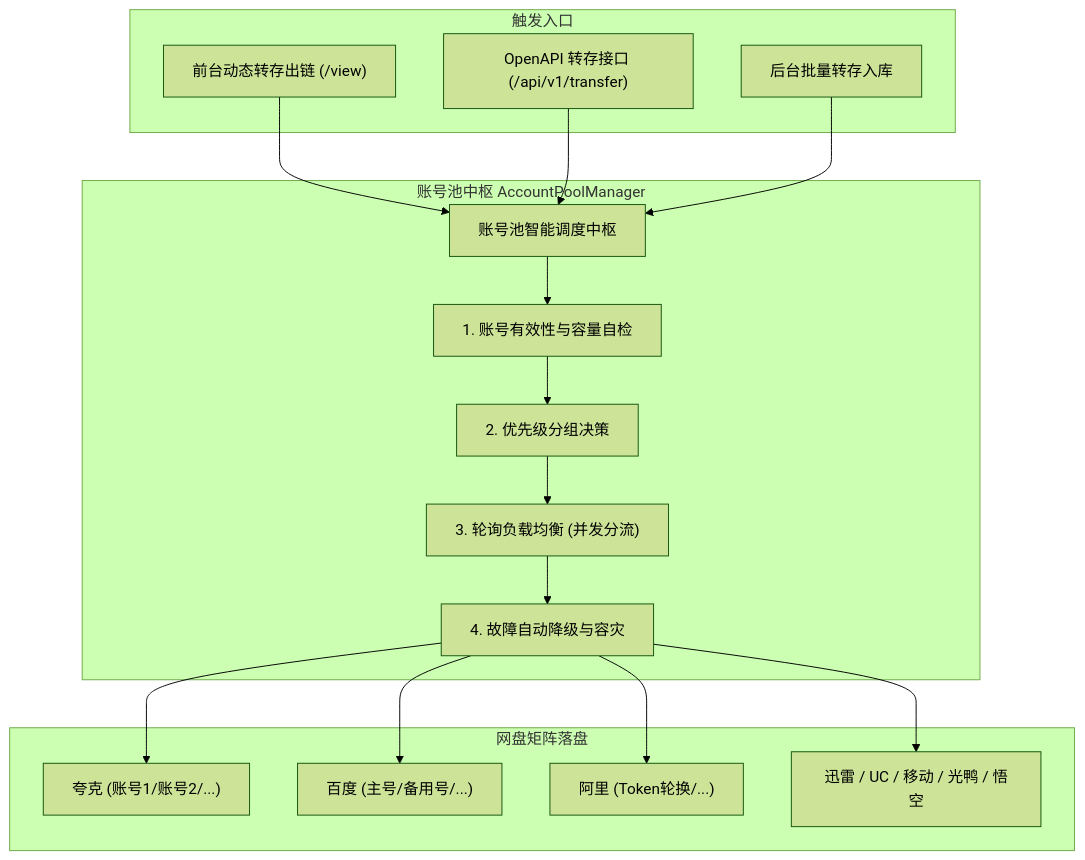
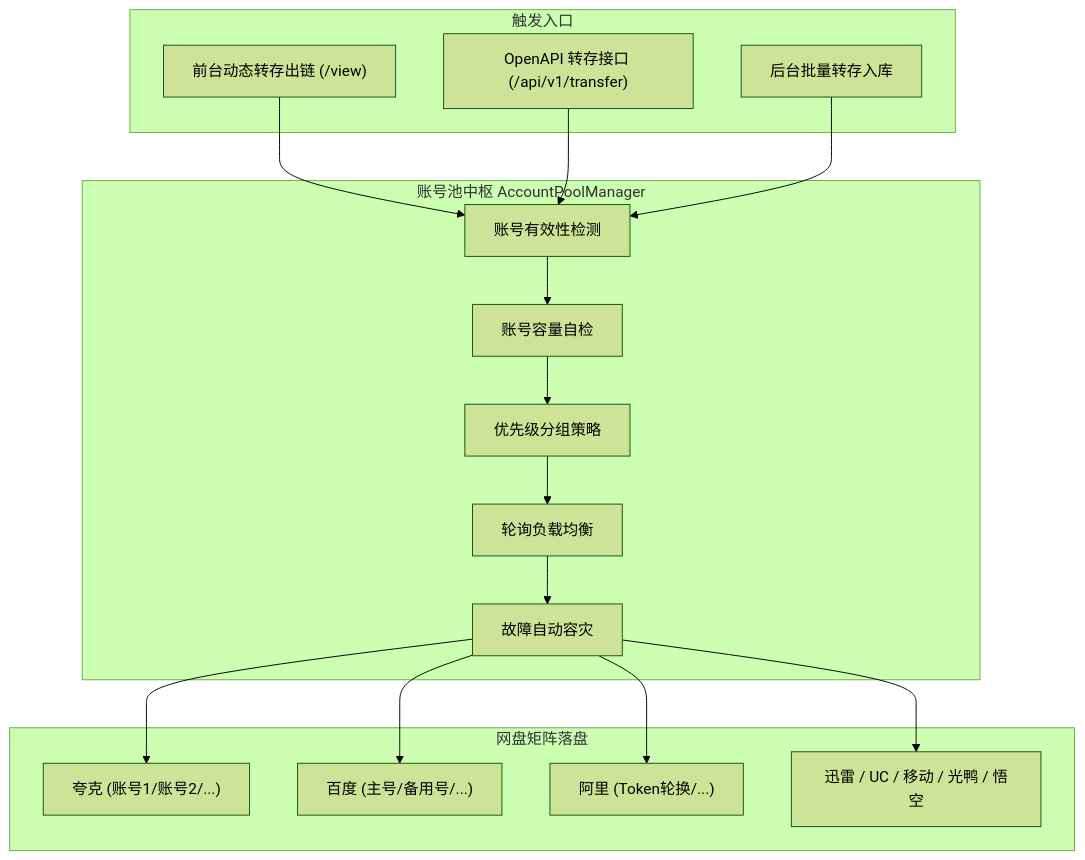
Before and after one commit to ucmao/pan-relay: the diagram in README.md, drawn with Mermaid (forest theme). The commit also changed 4 other files, not shown here.

````diff
--- a/README.md
+++ b/README.md
@@ -58,25 +58,25 @@
 ```mermaid
 flowchart TD
     subgraph 触发入口
         A1["前台动态转存出链 (/view)"]
         A2["OpenAPI 转存接口 (/api/v1/transfer)"]
         A3["后台批量转存入库"]
     end
 
     subgraph 账号池中枢 AccountPoolManager
-        A1 --> Core["账号池智能调度中枢"]
+        A1 --> Core["账号有效性检测"]
         A2 --> Core
         A3 --> Core
-        Core --> F1["1. 账号有效性与容量自检"]
-        F1 --> F2["2. 优先级分组决策"]
-        F2 --> F3["3. 轮询负载均衡 (并发分流)"]
-        F3 --> F4["4. 故障自动降级与容灾"]
+        Core --> F1["账号容量自检"]
+        F1 --> F2["优先级分组策略"]
+        F2 --> F3["轮询负载均衡"]
+        F3 --> F4["故障自动容灾"]
     end
 
     subgraph 网盘矩阵落盘
         F4 --> Q["夸克 (账号1/账号2/...)"]
         F4 --> B["百度 (主号/备用号/...)"]
         F4 --> A["阿里 (Token轮换/...)"]
         F4 --> X["迅雷 / UC / 移动 / 光鸭 / 悟空"]
     end
 ```
````
